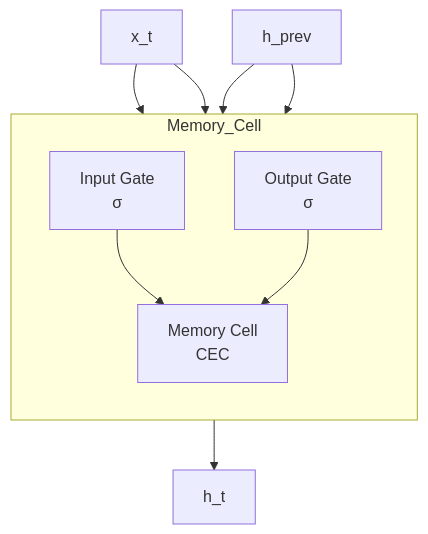
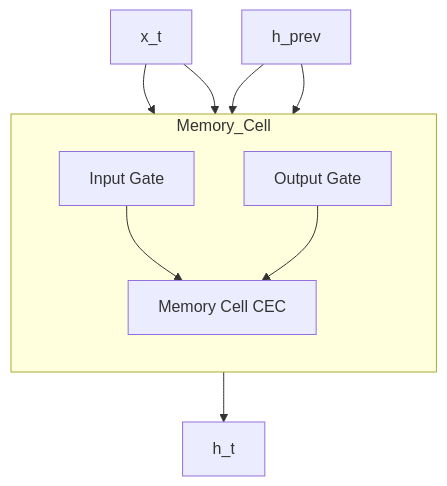
Before and after one commit to NalinDalal/lstm-word2Vec: the seventh of 12 diagrams in lstm.md, drawn with Mermaid. The commit also changed other lines of this file and 11 other files, not shown here.

````diff
--- a/lstm.md
+++ b/lstm.md
@@ -185,12 +185,12 @@
 ```mermaid
 flowchart TB
     subgraph Memory_Cell
         direction TB
-        Input[Input Gate<br/>σ] --> Cell[Memory Cell<br/>CEC]
-        Output[Output Gate<br/>σ] --> Cell
+        Input["Input Gate"] --> Cell["Memory Cell CEC"]
+        Output["Output Gate"] --> Cell
     end
     
     x_t & h_prev --> Input
     x_t & h_prev --> Output
     Cell --> h_t
 ```
````
